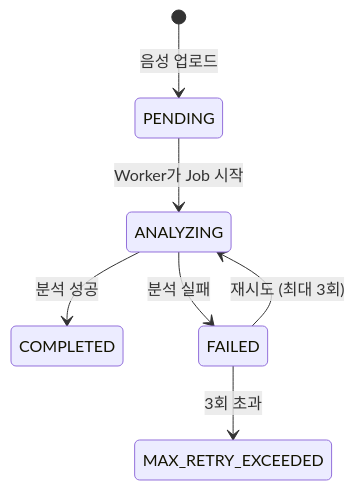
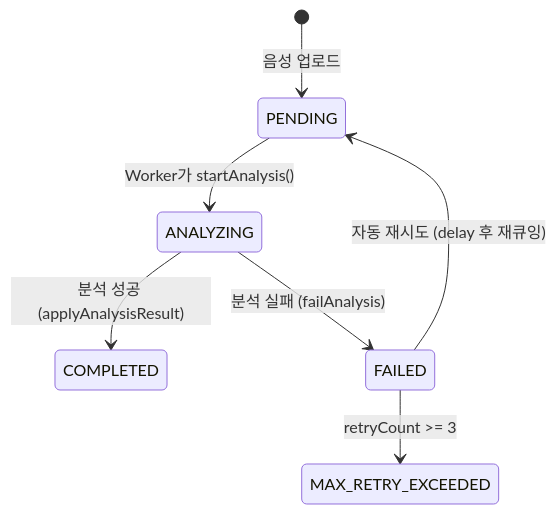
One commit to xonme888/babble changed the fifth of 7 diagrams in README.md. Above: the diagram before and after it, drawn with Mermaid. The commit also changed other lines of this file, not shown here.

First line of the commit message:
docs: 발음 분석 시퀀스 다이어그램 및 플로우 최신화

````diff
--- a/README.md
+++ b/README.md
@@ -302,9 +302,9 @@
 ```mermaid
 stateDiagram-v2
     [*] --> PENDING : 음성 업로드
-    PENDING --> ANALYZING : Worker가 Job 시작
-    ANALYZING --> COMPLETED : 분석 성공
-    ANALYZING --> FAILED : 분석 실패
-    FAILED --> ANALYZING : 재시도 (최대 3회)
-    FAILED --> MAX_RETRY_EXCEEDED : 3회 초과
+    PENDING --> ANALYZING : Worker가 startAnalysis()
+    ANALYZING --> COMPLETED : 분석 성공 (applyAnalysisResult)
+    ANALYZING --> FAILED : 분석 실패 (failAnalysis)
+    FAILED --> PENDING : 자동 재시도 (delay 후 재큐잉)
+    FAILED --> MAX_RETRY_EXCEEDED : retryCount >= 3
 ```
````
